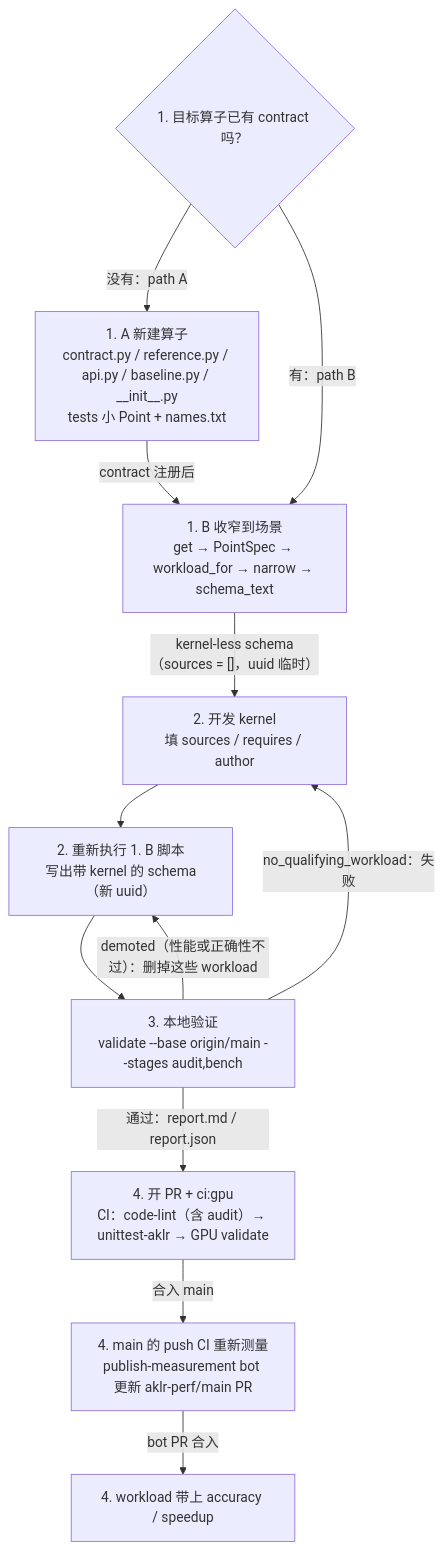
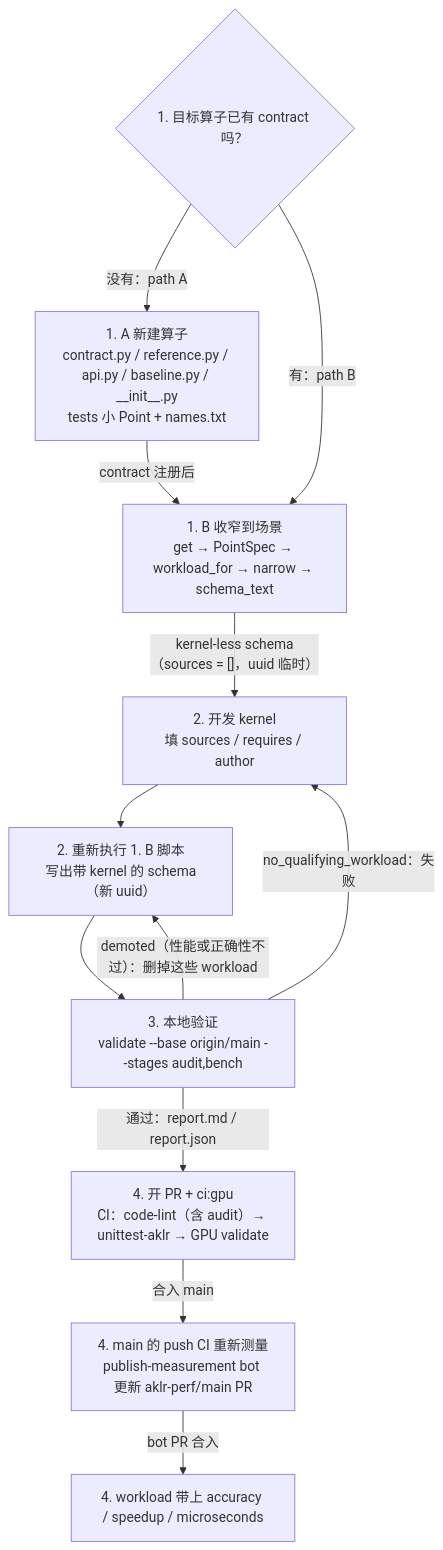
The diagram in docs/ops_tutorial.zh.md (AMD-AGI/AKLR), drawn with Mermaid before and after one commit. The commit also changed 2 other files, not shown here.

Commit message:
docs(ops): say `microseconds` records the time behind its `speedup`

````diff
--- a/docs/ops_tutorial.zh.md
+++ b/docs/ops_tutorial.zh.md
@@ -13,14 +13,14 @@
 ```mermaid
 flowchart TD
     S{"1. 目标算子已有 contract 吗？"} -->|"没有：path A"| A["1. A 新建算子<br/>contract.py / reference.py / api.py / baseline.py / __init__.py<br/>tests 小 Point + names.txt"]
     S -->|"有：path B"| B["1. B 收窄到场景<br/>get → PointSpec → workload_for → narrow → schema_text"]
     A -->|"contract 注册后"| B
     B -->|"kernel-less schema<br/>（sources = []，uuid 临时）"| D["2. 开发 kernel<br/>填 sources / requires / author"]
     D --> R["2. 重新执行 1. B 脚本<br/>写出带 kernel 的 schema（新 uuid）"]
     R --> V["3. 本地验证<br/>validate --base origin/main --stages audit,bench"]
     V -->|"no_qualifying_workload：失败"| D
     V -->|"demoted（性能或正确性不过）：删掉这些 workload"| R
     V -->|"通过：report.md / report.json"| P["4. 开 PR + ci:gpu<br/>CI：code-lint（含 audit）→ unittest-aklr → GPU validate"]
     P -->|"合入 main"| M["4. main 的 push CI 重新测量<br/>publish-measurement bot 更新 aklr-perf/main PR"]
-    M -->|"bot PR 合入"| N["4. workload 带上 accuracy / speedup"]
+    M -->|"bot PR 合入"| N["4. workload 带上 accuracy / speedup / microseconds"]
 ```
````
